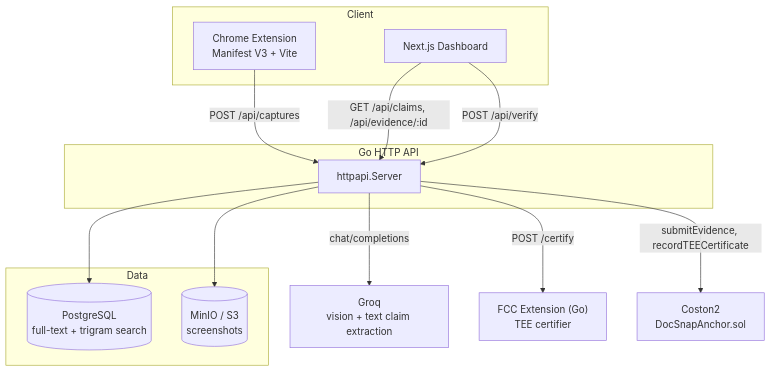
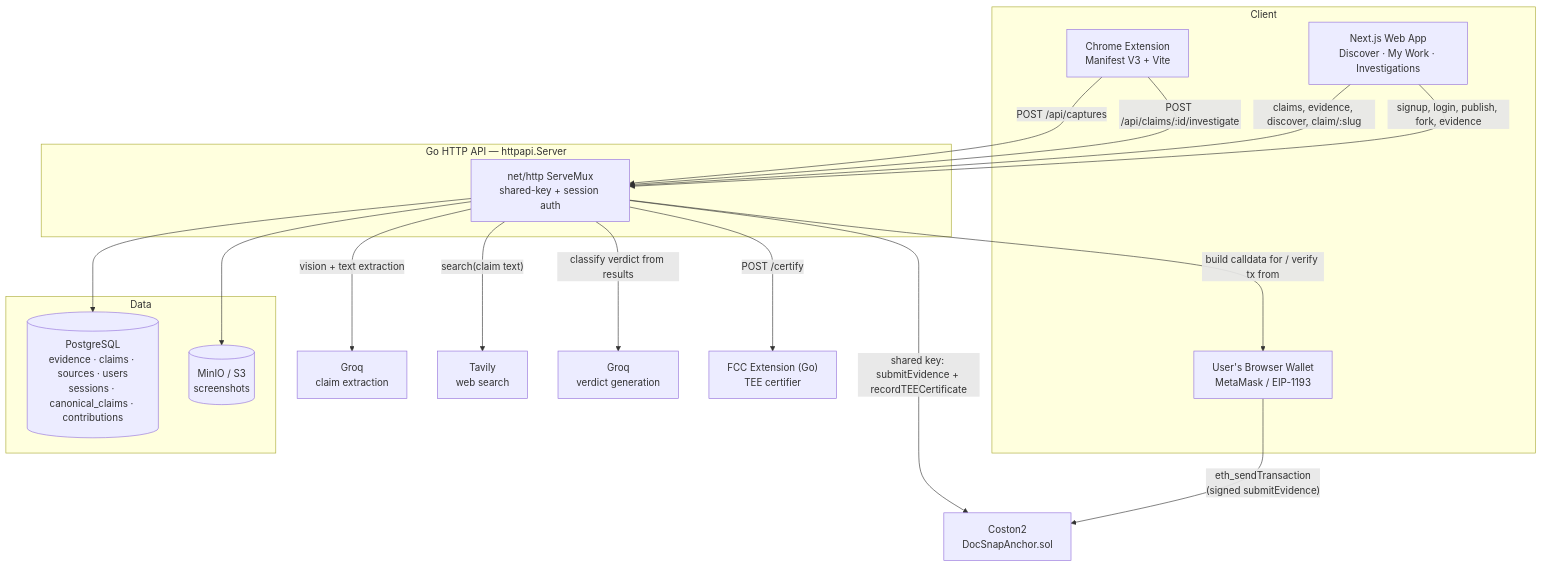
One commit to Varun5711/docsnap changed the first of 12 diagrams in README.md. Above: the diagram before and after it, drawn with Mermaid. The commit also changed other lines of this file, not shown here.

First line of the commit message:
docs: rewrite README architecture for the full network + wallet system

````diff
--- a/README.md
+++ b/README.md
@@ -11,29 +11,38 @@
 ```mermaid
 graph TB
     subgraph Client
         EXT["Chrome Extension<br/>Manifest V3 + Vite"]
-        WEB["Next.js Dashboard"]
+        WEB["Next.js Web App<br/>Discover · My Work · Investigations"]
+        WALLET["User's Browser Wallet<br/>MetaMask / EIP-1193"]
     end
 
-    subgraph API["Go HTTP API"]
-        SRV["httpapi.Server"]
+    subgraph API["Go HTTP API — httpapi.Server"]
+        SRV["net/http ServeMux<br/>shared-key + session auth"]
     end
 
     subgraph Data
-        PG[("PostgreSQL<br/>full-text + trigram search")]
+        PG[("PostgreSQL<br/>evidence · claims · sources · users<br/>sessions · canonical_claims · contributions")]
         S3[("MinIO / S3<br/>screenshots")]
     end
 
-    GROQ["Groq<br/>vision + text claim extraction"]
+    GROQEX["Groq<br/>claim extraction"]
+    GROQVD["Groq<br/>verdict generation"]
+    TAVILY["Tavily<br/>web search"]
     FCC["FCC Extension (Go)<br/>TEE certifier"]
     CHAIN["Coston2<br/>DocSnapAnchor.sol"]
 
     EXT -->|"POST /api/captures"| SRV
-    WEB -->|"GET /api/claims, /api/evidence/:id"| SRV
-    WEB -->|"POST /api/verify"| SRV
+    EXT -->|"POST /api/claims/:id/investigate"| SRV
+    WEB -->|"claims, evidence, discover, claim/:slug"| SRV
+    WEB -->|"signup, login, publish, fork, evidence"| SRV
+    WALLET -->|"eth_sendTransaction<br/>(signed submitEvidence)"| CHAIN
+
     SRV --> PG
     SRV --> S3
-    SRV -->|"chat/completions"| GROQ
+    SRV -->|"vision + text extraction"| GROQEX
+    SRV -->|"search(claim text)"| TAVILY
+    SRV -->|"classify verdict from results"| GROQVD
     SRV -->|"POST /certify"| FCC
-    SRV -->|"submitEvidence, recordTEECertificate"| CHAIN
+    SRV -->|"shared key: submitEvidence + recordTEECertificate"| CHAIN
+    SRV -->|"build calldata for / verify tx from"| WALLET
 ```
````
